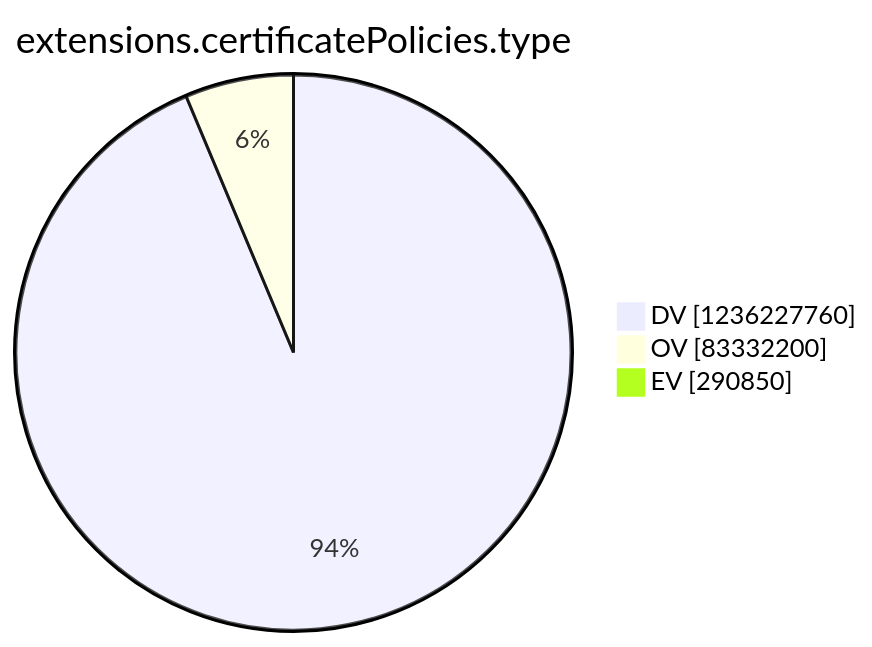
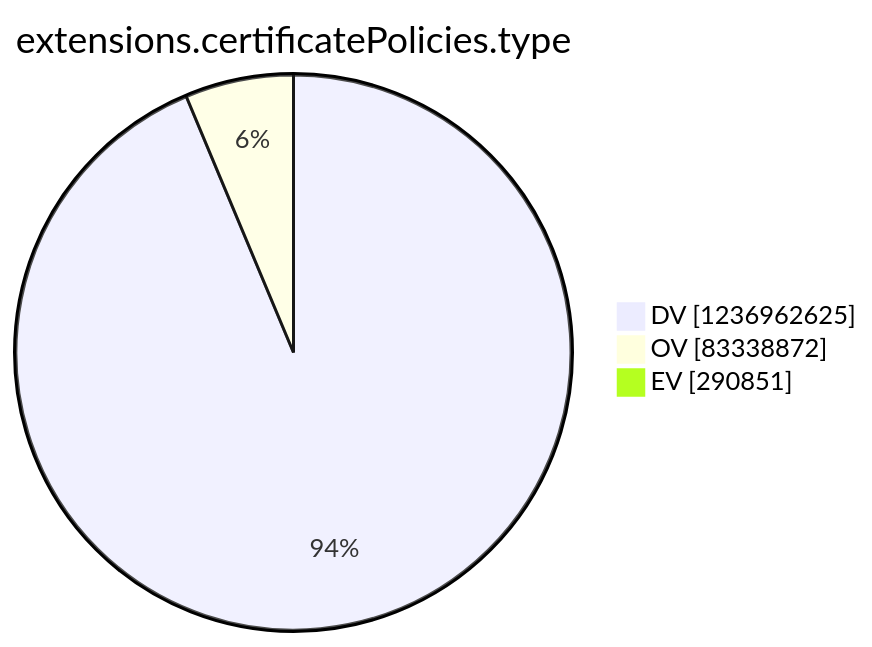
Before and after one commit to christiankrug/ctmonitor_visualization: the tenth of 15 diagrams in argon2022/README.md, drawn with Mermaid. The commit also changed other lines of this file, not shown here.

````diff
--- a/argon2022/README.md
+++ b/argon2022/README.md
@@ -2770,7 +2771,7 @@
 ```mermaid
 pie showData
 title extensions.certificatePolicies.type
-"DV" :1236227760
-"OV" :83332200
-"EV" :290850
+"DV" :1236962625
+"OV" :83338872
+"EV" :290851
 ```
````
